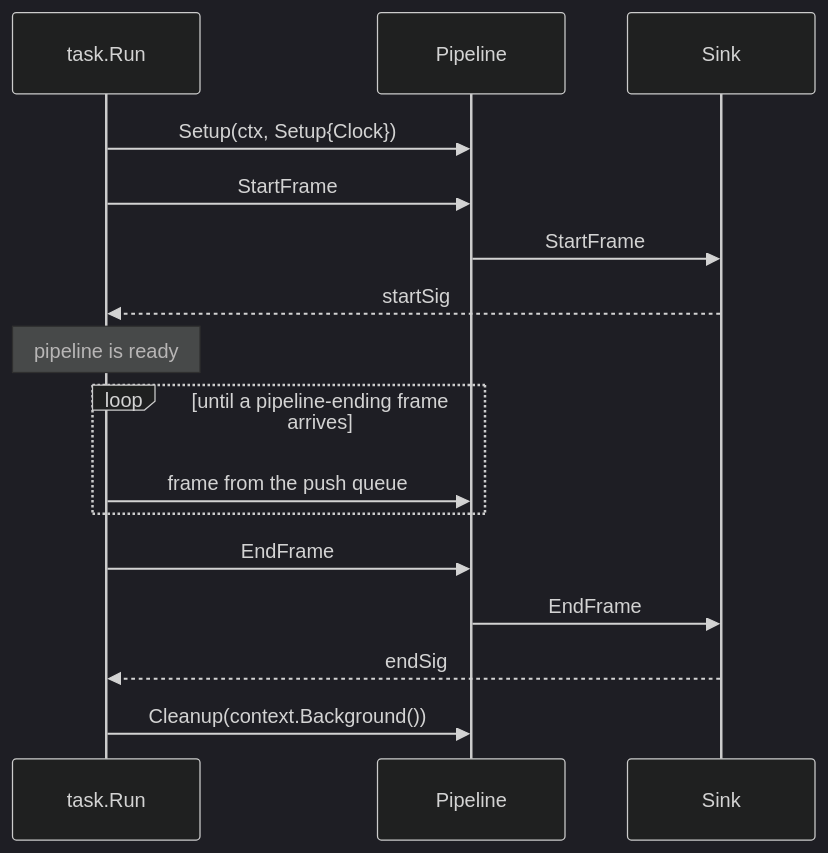
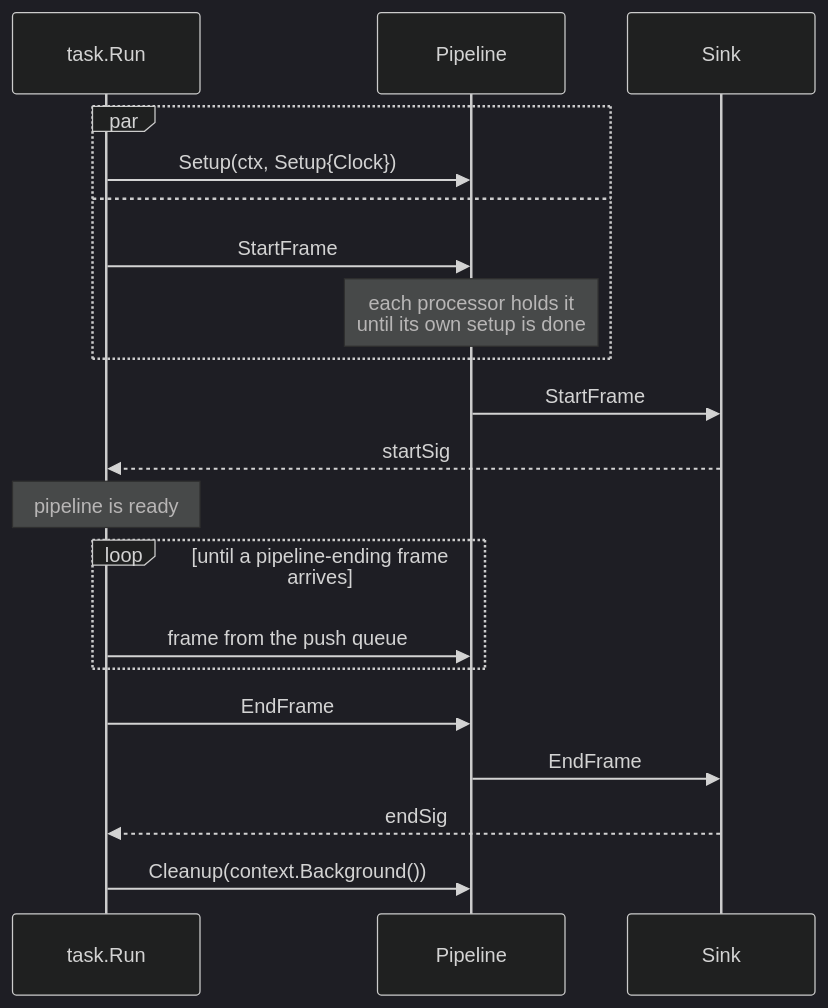
One commit to gojargo/jargo changed the second of 3 diagrams in docs/concepts/pipeline.md. Above: the diagram before and after it, drawn with Mermaid (dark theme). The commit also changed other lines of this file and 12 other files, not shown here.

````diff
--- a/docs/concepts/pipeline.md
+++ b/docs/concepts/pipeline.md
@@ -97,21 +97,25 @@
 ```mermaid
 sequenceDiagram
     participant R as task.Run
     participant P as Pipeline
     participant S as Sink
 
-    R->>P: Setup(ctx, Setup{Clock})
-    R->>P: StartFrame
+    par
+        R->>P: Setup(ctx, Setup{Clock})
+    and
+        R->>P: StartFrame
+        Note over P: each processor holds it<br/>until its own setup is done
+    end
     P->>S: StartFrame
     S-->>R: startSig
     Note over R: pipeline is ready
 
     loop until a pipeline-ending frame arrives
         R->>P: frame from the push queue
     end
 
     R->>P: EndFrame
     P->>S: EndFrame
     S-->>R: endSig
     R->>P: Cleanup(context.Background())
 ```
````
